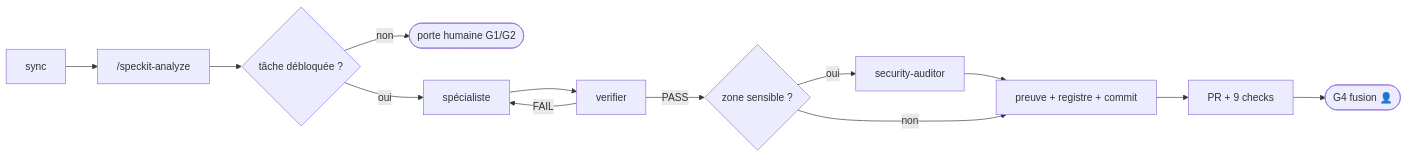
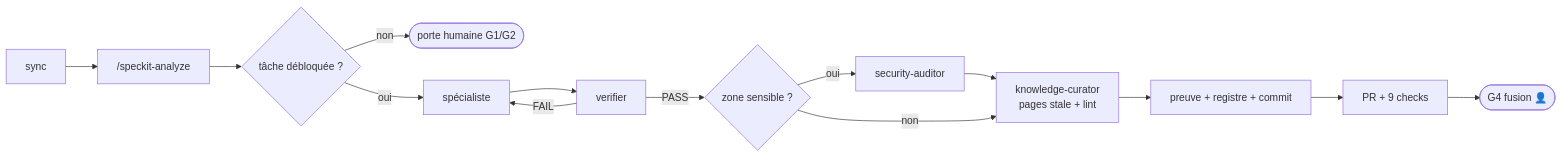
Before and after one commit to m4tth1euNa0p1c/agentic-factory-erc20: the second of 2 diagrams in docs/wiki/Agentic-Factory.md, drawn with Mermaid. The commit also changed other lines of this file and 18 other files, not shown here.

````diff
--- a/docs/wiki/Agentic-Factory.md
+++ b/docs/wiki/Agentic-Factory.md
@@ -42,11 +43,12 @@
 ```mermaid
 flowchart LR
   A[sync] --> B["/speckit-analyze"] --> C{"tâche débloquée ?"}
   C -- non --> Z(["porte humaine G1/G2"])
   C -- oui --> D["spécialiste"] --> E["verifier"]
   E -- FAIL --> D
   E -- PASS --> F{"zone sensible ?"}
-  F -- oui --> G["security-auditor"] --> I
-  F -- non --> I["preuve + registre + commit"]
+  F -- oui --> G["security-auditor"] --> KC
+  F -- non --> KC["knowledge-curator<br/>pages stale + lint"]
+  KC --> I["preuve + registre + commit"]
   I --> J["PR + 9 checks"] --> K(["G4 fusion 👤"])
 ```
````
